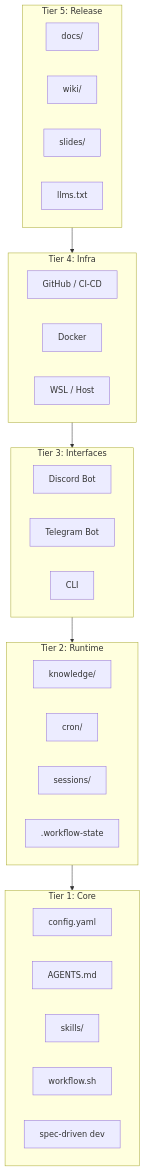
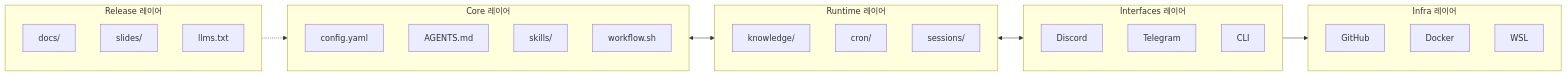
The first of 2 diagrams in docs/wiki/system-architecture.md (pheanor-agent/p-hermes), drawn with Mermaid before and after one commit. The commit also changed other lines of this file and 25 other files, not shown here.

First line of the commit message:
개선: Wiki 문서 5-tier 이론 제거 및 명칭 변경 (JOB-1688)

````diff
--- a/docs/wiki/system-architecture.md
+++ b/docs/wiki/system-architecture.md
@@ -35,41 +35,34 @@
 ```mermaid
-graph TB
-    subgraph T5["Tier 5: Release"]
-        R1["docs/"]
-        R2["wiki/"]
-        R3["slides/"]
-        R4["llms.txt"]
-    end
-
-    subgraph T4["Tier 4: Infra"]
-        I1["GitHub / CI-CD"]
-        I2["Docker"]
-        I3["WSL / Host"]
-    end
-
-    subgraph T3["Tier 3: Interfaces"]
-        IF1["Discord Bot"]
-        IF2["Telegram Bot"]
-        IF3["CLI"]
-    end
-
-    subgraph T2["Tier 2: Runtime"]
-        RT1["knowledge/"]
-        RT2["cron/"]
-        RT3["sessions/"]
-        RT4[".workflow-state"]
-    end
-
-    subgraph T1["Tier 1: Core"]
+graph LR
+    subgraph Core["Core 레이어"]
         C1["config.yaml"]
         C2["AGENTS.md"]
         C3["skills/"]
         C4["workflow.sh"]
-        C5["spec-driven dev"]
     end
-
-    T5 --> T4
-    T4 --> T3
-    T3 --> T2
-    T2 --> T1
+    subgraph Runtime["Runtime 레이어"]
+        R1["knowledge/"]
+        R2["cron/"]
+        R3["sessions/"]
+    end
+    subgraph Interfaces["Interfaces 레이어"]
+        I1["Discord"]
+        I2["Telegram"]
+        I3["CLI"]
+    end
+    subgraph Infra["Infra 레이어"]
+        IF1["GitHub"]
+        IF2["Docker"]
+        IF3["WSL"]
+    end
+    subgraph Release["Release 레이어"]
+        RL1["docs/"]
+        RL2["slides/"]
+        RL3["llms.txt"]
+    end
+    
+    Core <--> Runtime
+    Runtime <--> Interfaces
+    Interfaces --> Infra
+    Release -.-> Core
 ```
````
